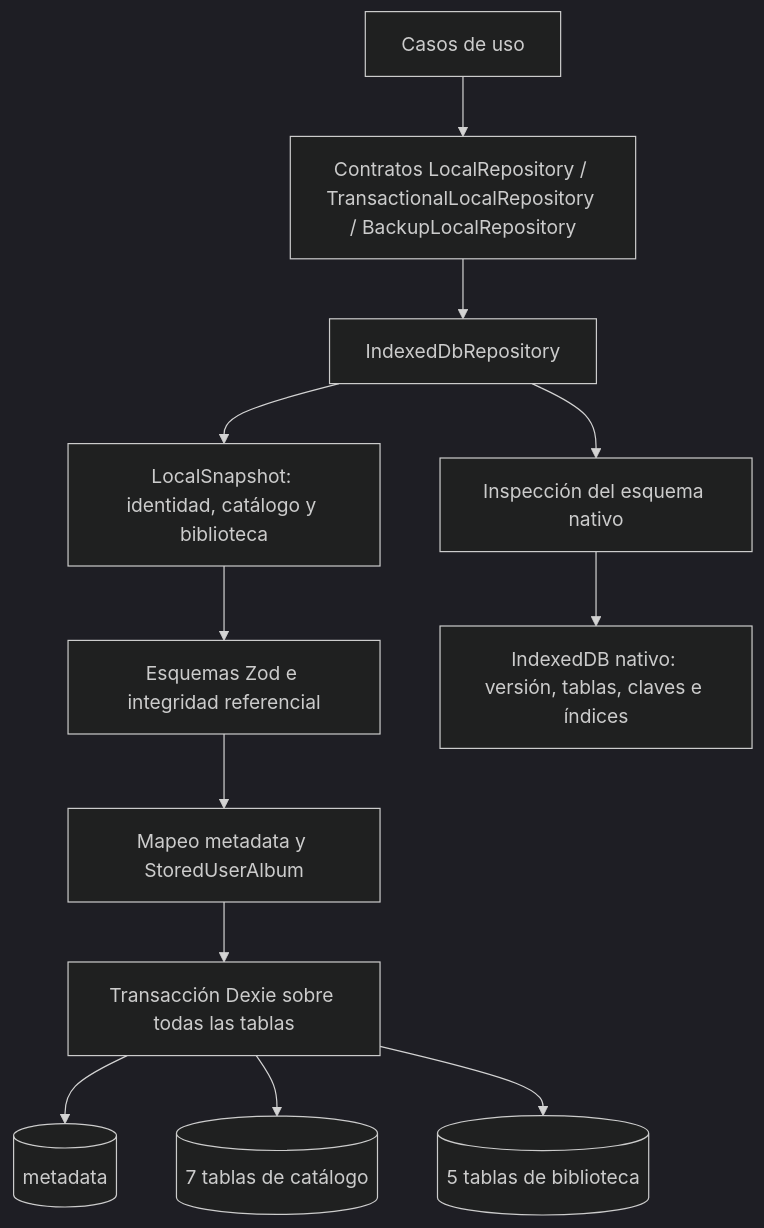
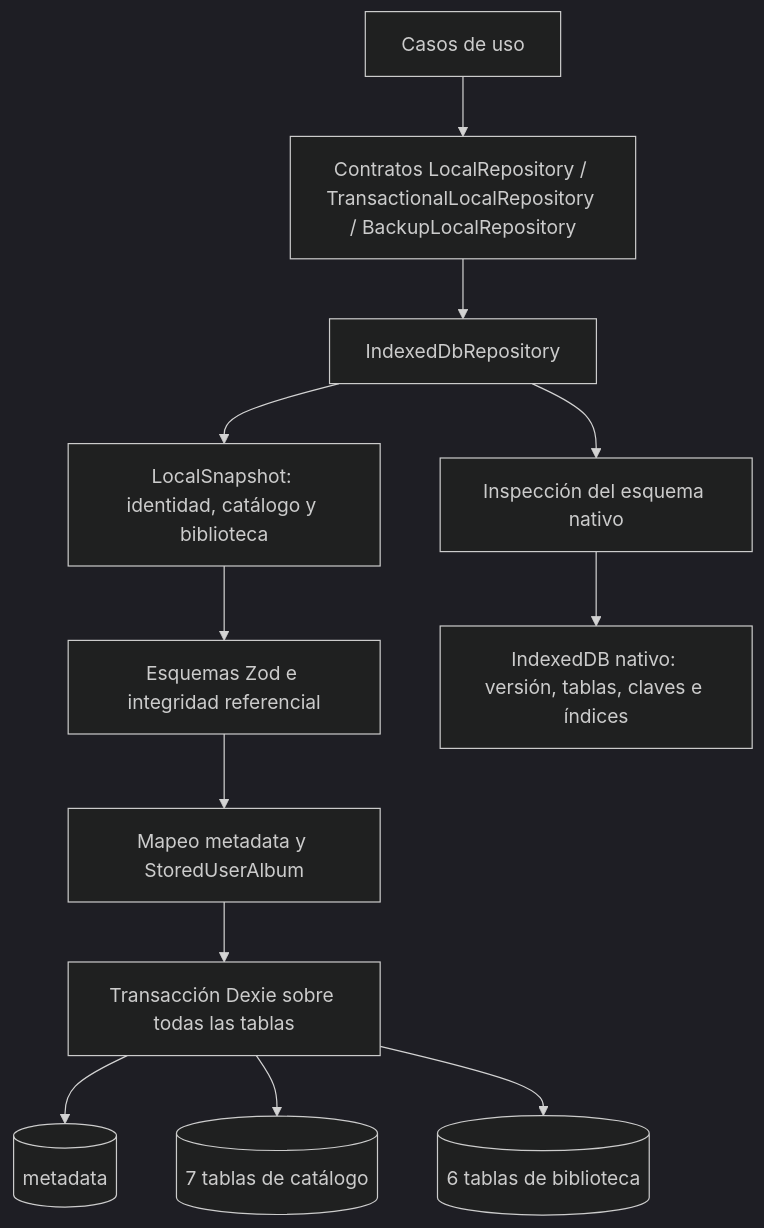
One commit to NicoCG32/Auditorium changed the first of 2 diagrams in docs/MODELO_DATOS.md. Above: the diagram before and after it, drawn with Mermaid (dark theme). The commit also changed other lines of this file and 62 other files, not shown here.

````diff
--- a/docs/MODELO_DATOS.md
+++ b/docs/MODELO_DATOS.md
@@ -29,14 +31,14 @@
 ```mermaid
 flowchart TD
     UseCases["Casos de uso"] --> Contract["Contratos LocalRepository / TransactionalLocalRepository / BackupLocalRepository"]
     Contract --> Repository["IndexedDbRepository"]
     Repository --> Preflight["Inspección del esquema nativo"]
     Repository --> Snapshot["LocalSnapshot: identidad, catálogo y biblioteca"]
     Snapshot --> Validation["Esquemas Zod e integridad referencial"]
     Validation --> Mapping["Mapeo metadata y StoredUserAlbum"]
     Mapping --> Transaction["Transacción Dexie sobre todas las tablas"]
     Transaction --> Metadata[(metadata)]
     Transaction --> Catalog[(7 tablas de catálogo)]
-    Transaction --> Library[(5 tablas de biblioteca)]
+    Transaction --> Library[(6 tablas de biblioteca)]
     Preflight --> Native["IndexedDB nativo: versión, tablas, claves e índices"]
 ```
````
